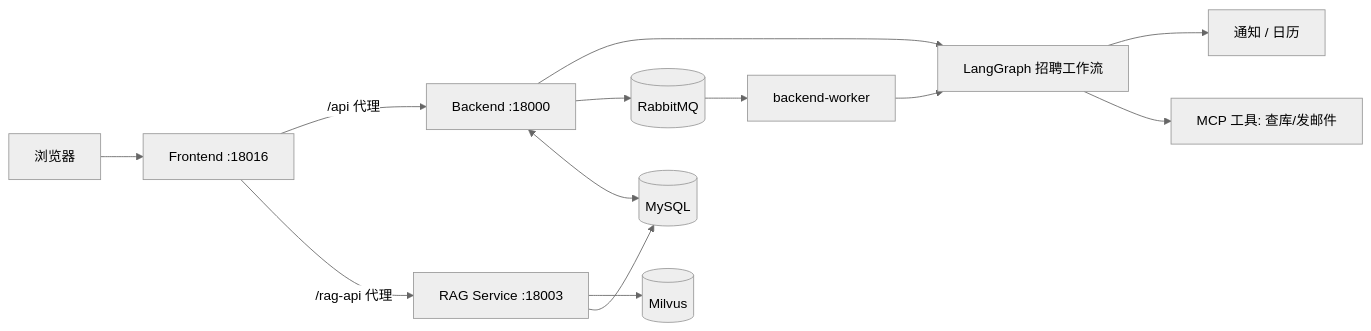
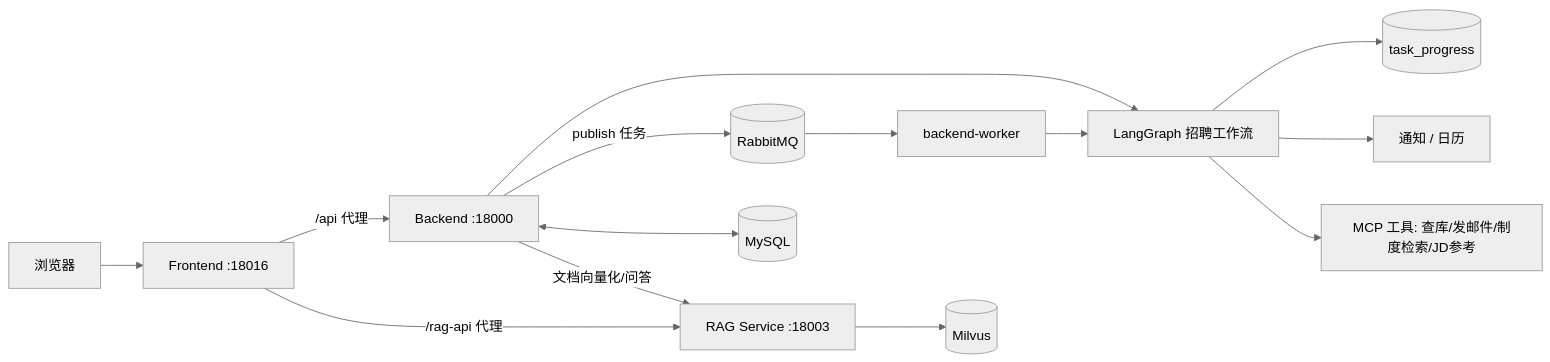
The diagram in README.md (sloveprogramming/Boss_bot), drawn with Mermaid (neutral theme) before and after one commit. The commit also changed other lines of this file and 28 other files, not shown here.

````diff
--- a/README.md
+++ b/README.md
@@ -67,15 +76,16 @@
 ```mermaid
 flowchart LR
     U[浏览器] --> F[Frontend :18016]
     F -->|"/api 代理"| B[Backend :18000]
     F -->|"/rag-api 代理"| R[RAG Service :18003]
     B --> W[LangGraph 招聘工作流]
-    B --> Q[(RabbitMQ)]
+    B -->|publish 任务| Q[(RabbitMQ)]
     Q --> WK[backend-worker]
     WK --> W
+    W --> TP[(task_progress)]
     B <--> DB[(MySQL)]
     W --> N[通知 / 日历]
-    W --> M[MCP 工具: 查库/发邮件]
+    W --> M[MCP 工具: 查库/发邮件/制度检索/JD参考]
+    B -->|文档向量化/问答| R
     R --> MV[(Milvus)]
-    R --> DB
 ```
````
